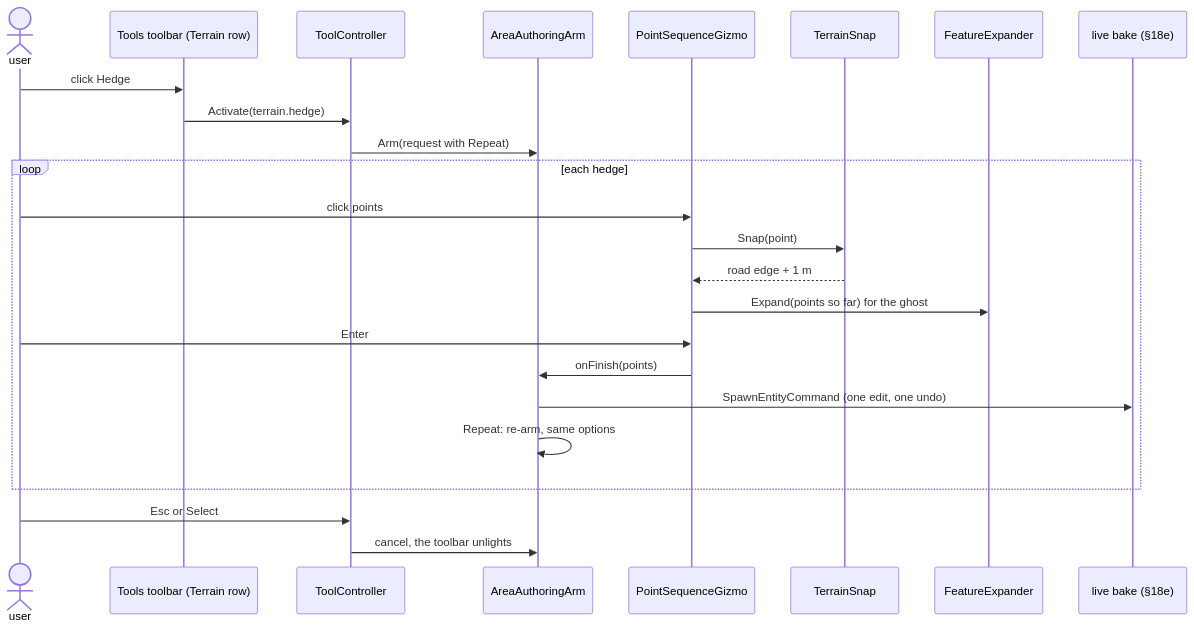
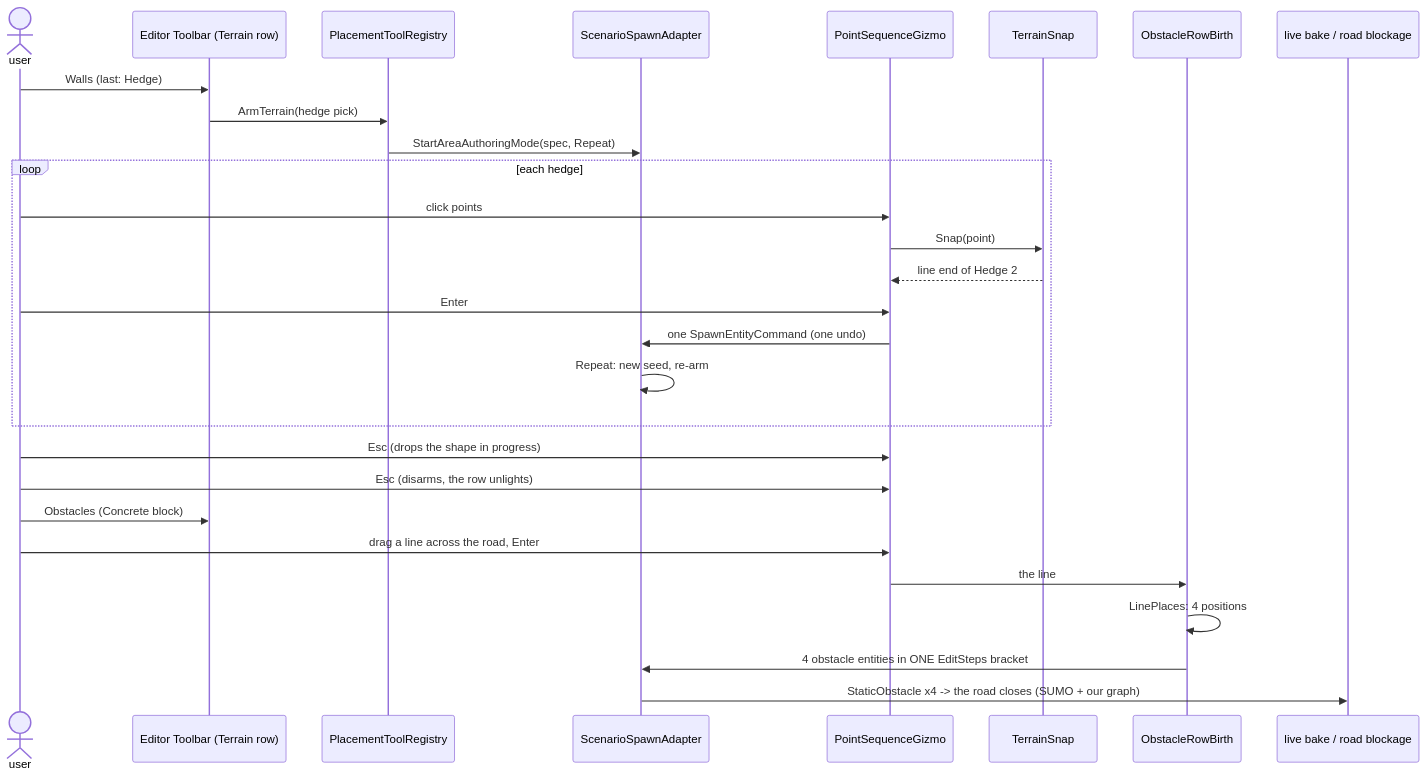
The second of 3 diagrams in docs/DESIGN_Terrain_Editor_UX.md (pjanec/HROT), drawn with Mermaid before and after one commit. The commit also changed other lines of this file and 4 other files, not shown here.

First line of the commit message:
docs(terrain): CE-4594 revised to the review — R-5032 (terrain tools in the Editor Toolbar window), R-4264 folded; §3/§5/§6/§7 + mockup redrawn, first version to HISTORY

````diff
--- a/docs/DESIGN_Terrain_Editor_UX.md
+++ b/docs/DESIGN_Terrain_Editor_UX.md
@@ -108,26 +124,30 @@
 ```mermaid
 sequenceDiagram
   actor U as user
-  participant TB as Tools toolbar (Terrain row)
-  participant TC as ToolController
-  participant AA as AreaAuthoringArm
+  participant TB as Editor Toolbar (Terrain row)
+  participant PR as PlacementToolRegistry
+  participant SA as ScenarioSpawnAdapter
   participant G as PointSequenceGizmo
-  participant S as TerrainSnap
-  participant E as FeatureExpander
-  participant B as live bake (§18e)
-  U->>TB: click Hedge
-  TB->>TC: Activate(terrain.hedge)
-  TC->>AA: Arm(request with Repeat)
+  participant SN as TerrainSnap
+  participant OB as ObstacleRowBirth
+  participant B as live bake / road blockage
+  U->>TB: Walls (last: Hedge)
+  TB->>PR: ArmTerrain(hedge pick)
+  PR->>SA: StartAreaAuthoringMode(spec, Repeat)
   loop each hedge
     U->>G: click points
-    G->>S: Snap(point)
-    S-->>G: road edge + 1 m
-    G->>E: Expand(points so far) for the ghost
+    G->>SN: Snap(point)
+    SN-->>G: line end of Hedge 2
     U->>G: Enter
-    G->>AA: onFinish(points)
-    AA->>B: SpawnEntityCommand (one edit, one undo)
-    AA->>AA: Repeat: re-arm, same options
+    G->>SA: one SpawnEntityCommand (one undo)
+    SA->>SA: Repeat: new seed, re-arm
   end
-  U->>TC: Esc or Select
-  TC->>AA: cancel, the toolbar unlights
+  U->>G: Esc (drops the shape in progress)
+  U->>G: Esc (disarms, the row unlights)
+  U->>TB: Obstacles (Concrete block)
+  U->>G: drag a line across the road, Enter
+  G->>OB: the line
+  OB->>OB: LinePlaces: 4 positions
+  OB->>SA: 4 obstacle entities in ONE EditSteps bracket
+  SA->>B: StaticObstacle x4 -> the road closes (SUMO + our graph)
 ```
````
